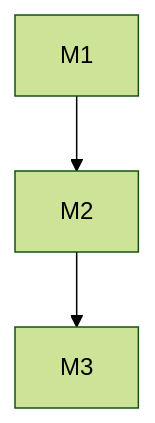
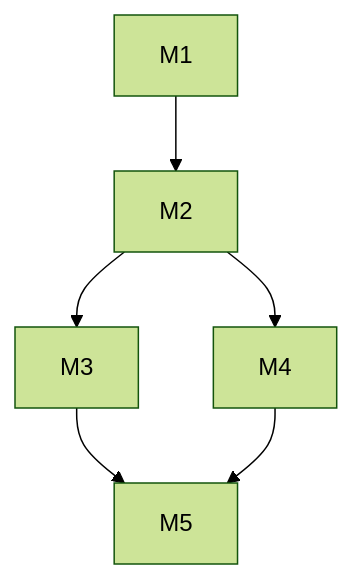
The second of 2 diagrams in .internal/validation-spec.md (anton-pershin/agent-validation), drawn with Mermaid (forest theme) before and after one commit. The commit also changed other lines of this file and 40 other files, not shown here.

````diff
--- a/.internal/validation-spec.md
+++ b/.internal/validation-spec.md
@@ -233,5 +334,8 @@
 ```mermaid
 flowchart TD
   M1 --> M2
   M2 --> M3
+  M2 --> M4
+  M3 --> M5
+  M4 --> M5
 ```
````
